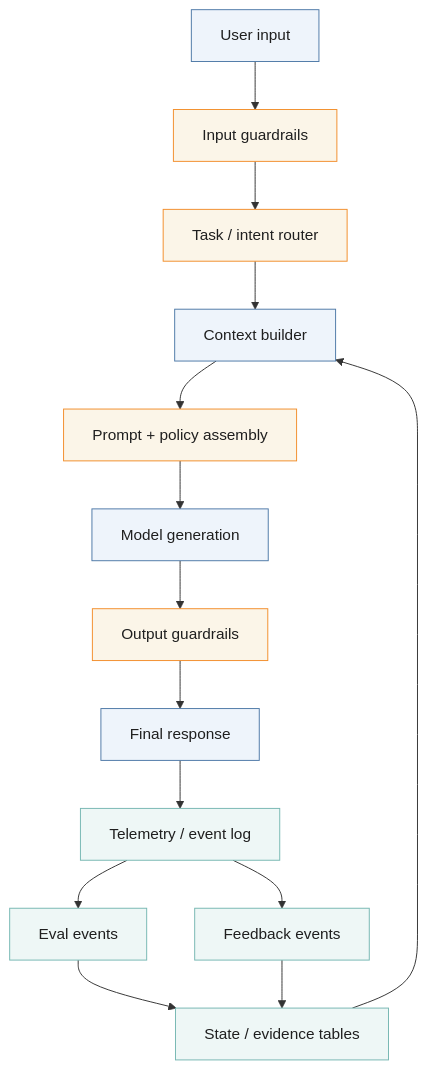
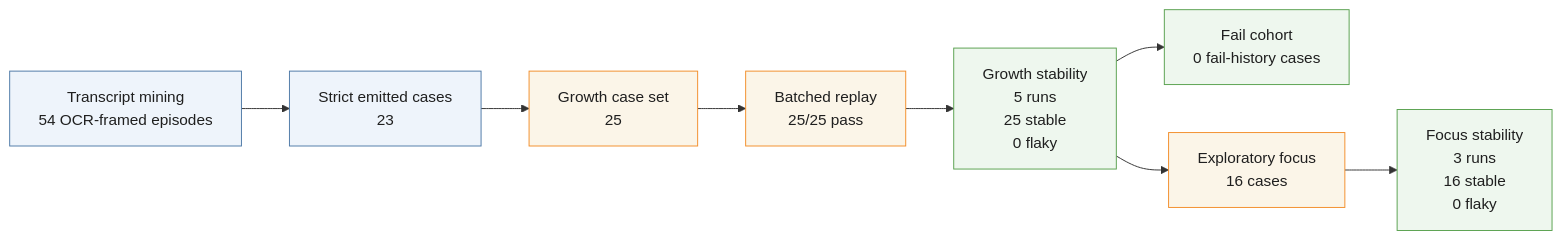
The first of 4 diagrams in docs/public/DIAGRAMS.md (tryskian/polinko), drawn with Mermaid before and after one commit. The commit also changed other lines of this file and 17 other files, not shown here.

````diff
--- a/docs/public/DIAGRAMS.md
+++ b/docs/public/DIAGRAMS.md
@@ -32,25 +24,19 @@
 ```mermaid
-flowchart TD
-  A["User input"] --> B["Input guardrails"]
-  B --> C["Task / intent router"]
-  C --> D["Context builder"]
-  D --> E["Prompt + policy assembly"]
-  E --> F["Model generation"]
-  F --> G["Output guardrails"]
-  G --> H["Final response"]
-
-  H --> I["Telemetry / event log"]
-  I --> J["Eval events"]
-  I --> K["Feedback events"]
-  J --> L["State / evidence tables"]
-  K --> L
-  L --> D
+flowchart LR
+  A["Transcript mining\n54 OCR-framed episodes"] --> B["Strict emitted cases\n23"]
+  B --> C["Growth case set\n25"]
+  C --> D["Batched replay\n25/25 pass"]
+  D --> E["Growth stability\n5 runs\n25 stable\n0 flaky"]
+  E --> F["Fail cohort\n0 fail-history cases"]
+  E --> G["Exploratory focus\n16 cases"]
+  G --> H["Focus stability\n3 runs\n16 stable\n0 flaky"]
 
   classDef source fill:#EEF4FB,stroke:#4E79A7,color:#1F1F1F;
   classDef bridge fill:#FBF5E8,stroke:#F28E2B,color:#1F1F1F;
+  classDef pass fill:#EEF7EE,stroke:#59A14F,color:#1F1F1F;
   classDef evidence fill:#EEF7F6,stroke:#76B7B2,color:#1F1F1F;
 
-  class A,D,F,H source;
-  class B,C,E,G bridge;
-  class I,J,K,L evidence;
+  class A,B source;
+  class C,D,G bridge;
+  class E,F,H pass;
 ```
````
